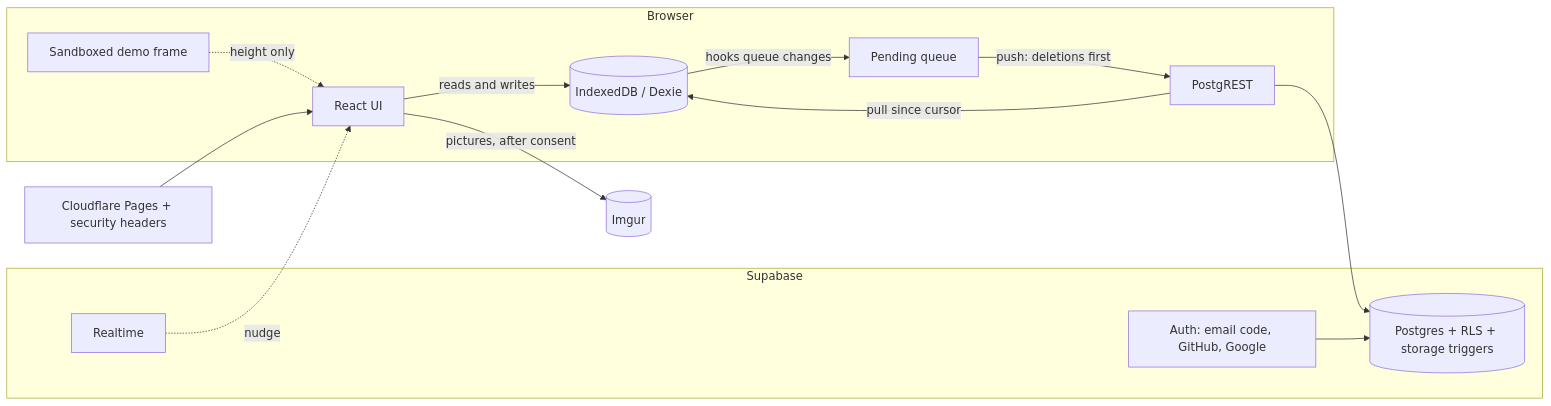
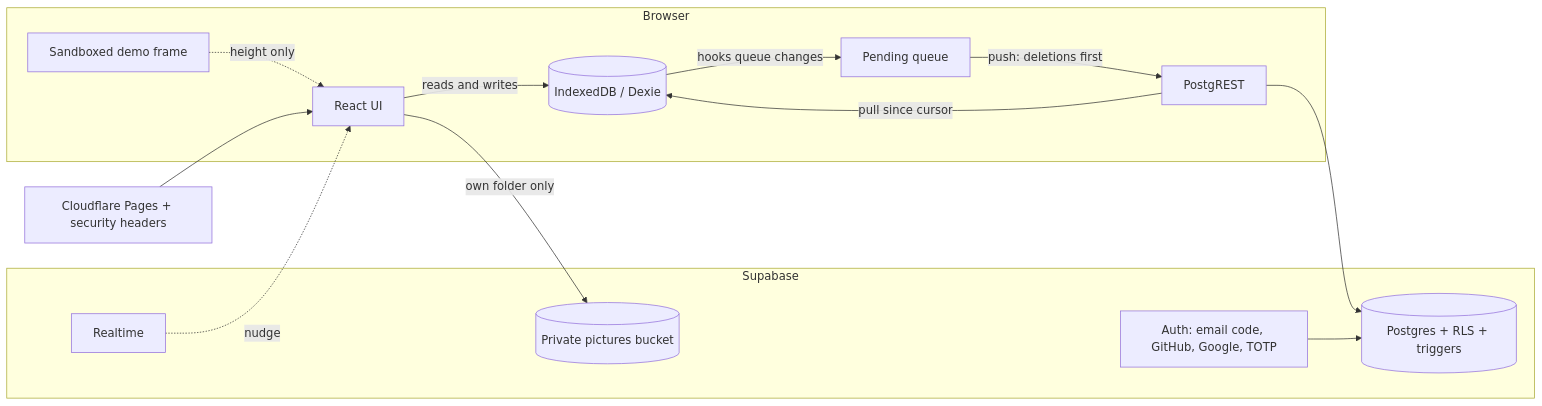
Before and after one commit to shreywy/Mneme: the diagram in README.md, drawn with Mermaid. The commit also changed other lines of this file and 6 other files, not shown here.

Commit message:
Docs, intro page, README and SECURITY.md for the security work: two-step sign-in, devices and activity, rate limits, private pictures, the XSS, fuzz and browser test suites, and the supply-chain checks; handoff and roadmap updated, with a design for end-to-end encrypted decks

````diff
--- a/README.md
+++ b/README.md
@@ -107,17 +113,17 @@
 ```mermaid
 flowchart LR
   subgraph Browser
     UI[React UI] -->|reads and writes| IDB[(IndexedDB / Dexie)]
     IDB -->|hooks queue changes| Q[Pending queue]
     Q -->|push: deletions first| API
     API -->|pull since cursor| IDB
     Demo[Sandboxed demo frame] -. height only .-> UI
   end
   subgraph Supabase
-    API[PostgREST] --> PG[(Postgres + RLS + storage triggers)]
-    Auth[Auth: email code, GitHub, Google] --> PG
+    API[PostgREST] --> PG[(Postgres + RLS + triggers)]
+    Auth[Auth: email code, GitHub, Google, TOTP] --> PG
+    UI -->|own folder only| Pics[(Private pictures bucket)]
     RT[Realtime] -. nudge .-> UI
   end
-  UI -->|pictures, after consent| Imgur[(Imgur)]
   CF[Cloudflare Pages + security headers] --> UI
 ```
````
